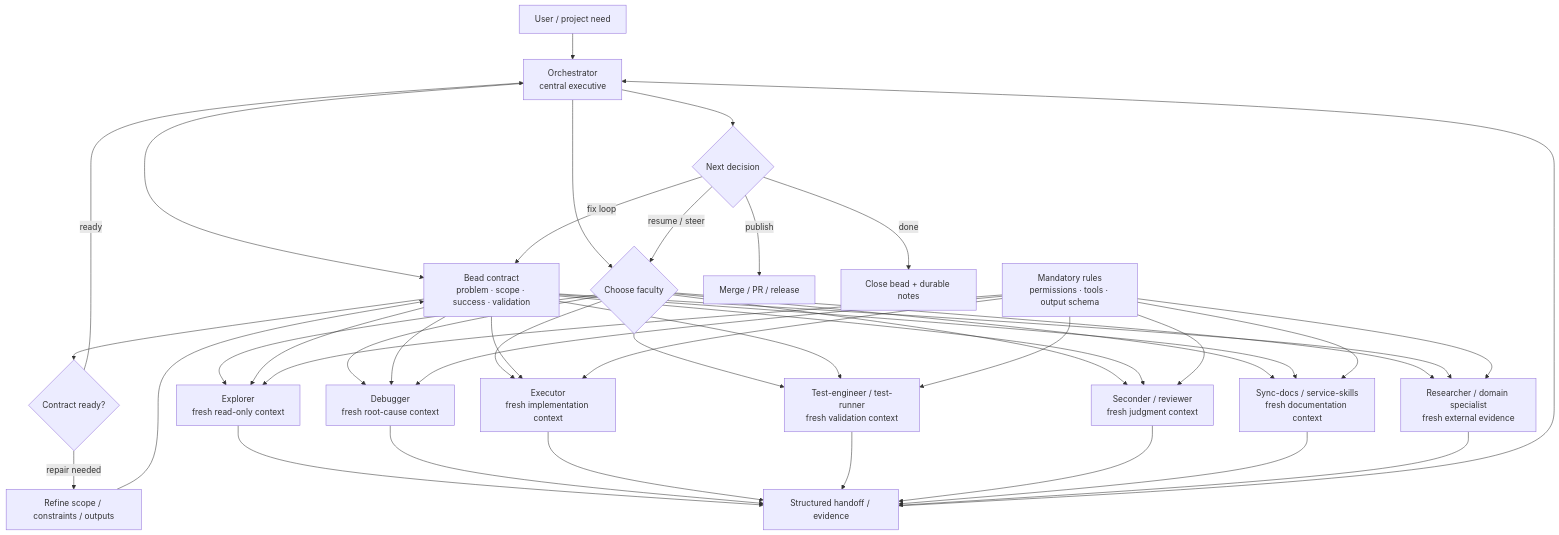
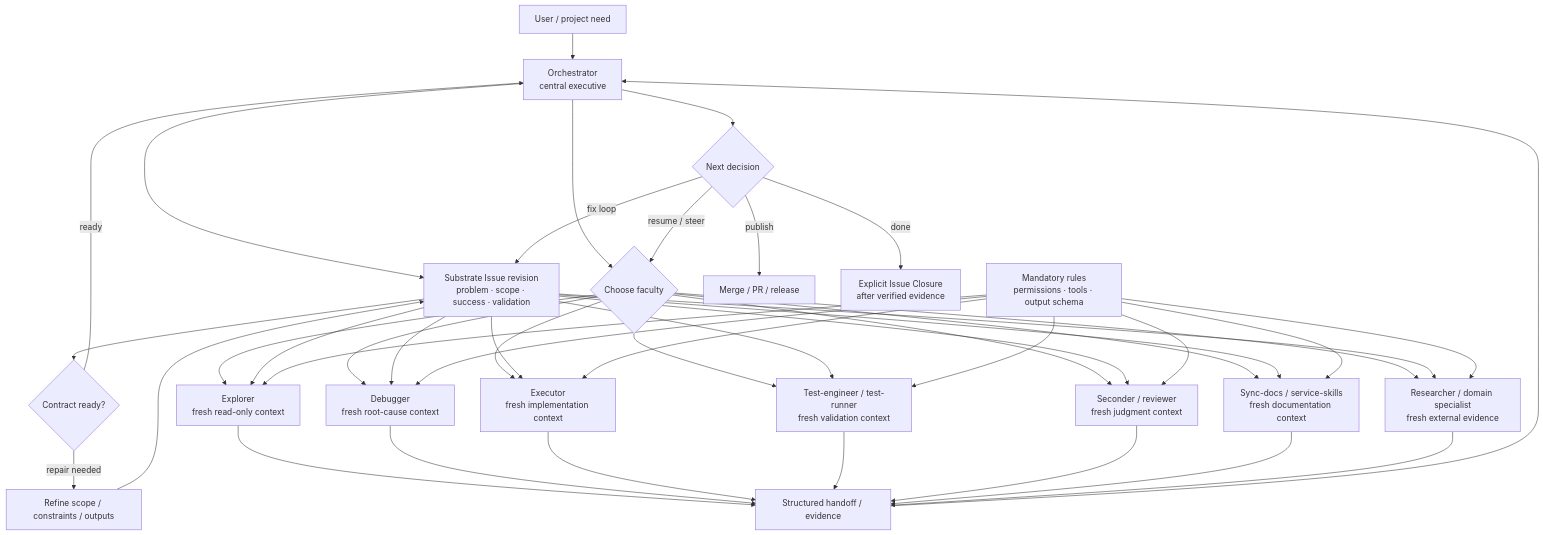
One commit to xtrm-dev/specialists changed the second of 2 diagrams in README.md. Above: the diagram before and after it, drawn with Mermaid. The commit also changed other lines of this file, not shown here.

Commit message:
docs(readme): make Substrate Issue the current Specialist authority

````diff
--- a/README.md
+++ b/README.md
@@ -69,49 +69,49 @@
 ```mermaid
 flowchart TD
   U[User / project need] --> O[Orchestrator\ncentral executive]
-  O --> B[Bead contract\nproblem · scope · success · validation]
+  O --> B[Substrate Issue revision\nproblem · scope · success · validation]
   B --> Check{Contract ready?}
   Check -->|repair needed| Refine[Refine scope / constraints / outputs]
   Refine --> B
   Check -->|ready| O
 
   O --> Choose{Choose faculty}
   Choose --> E[Explorer\nfresh read-only context]
   Choose --> D[Debugger\nfresh root-cause context]
   Choose --> X[Executor\nfresh implementation context]
   Choose --> QA[Test-engineer / test-runner\nfresh validation context]
   Choose --> R[Seconder / reviewer\nfresh judgment context]
   Choose --> Docs[Sync-docs / service-skills\nfresh documentation context]
   Choose --> Research[Researcher / domain specialist\nfresh external evidence]
 
   B --> E
   B --> D
   B --> X
   B --> QA
   B --> R
   B --> Docs
   B --> Research
 
   Rules[Mandatory rules\npermissions · tools · output schema] --> E
   Rules --> D
   Rules --> X
   Rules --> QA
   Rules --> R
   Rules --> Docs
   Rules --> Research
 
   E --> H[Structured handoff / evidence]
   D --> H
   X --> H
   QA --> H
   R --> H
   Docs --> H
   Research --> H
 
   H --> O
   O --> Decision{Next decision}
   Decision -->|resume / steer| Choose
   Decision -->|fix loop| B
   Decision -->|publish| Merge[Merge / PR / release]
-  Decision -->|done| Close[Close bead + durable notes]
+  Decision -->|done| Close[Explicit Issue Closure\nafter verified evidence]
 ```
````
